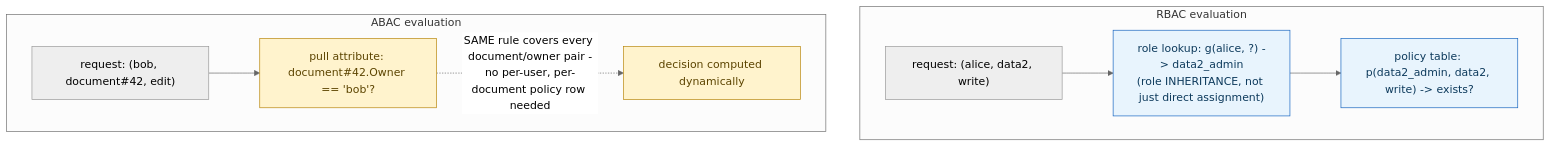
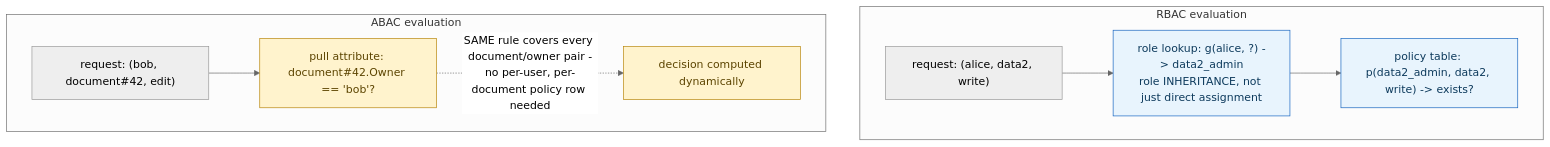
The first of 2 diagrams in _posts/2025-11-21-rbac-vs-abac-authorization-models.md (mayurjp/dev-blog), drawn with Mermaid (neutral theme) before and after one commit. The commit also changed other lines of this file and 27 other files, not shown here.

````diff
--- a/_posts/2025-11-21-rbac-vs-abac-authorization-models.md
+++ b/_posts/2025-11-21-rbac-vs-abac-authorization-models.md
@@ -24,20 +43,20 @@
 ```mermaid
 flowchart TD
     subgraph RBAC["RBAC evaluation"]
         R1["request: (alice, data2, write)"]
-        R2["role lookup: g(alice, ?) -> data2_admin<br/>(role INHERITANCE, not just direct assignment)"]
+        R2["role lookup: g(alice, ?) -> data2_admin<br>role INHERITANCE, not just direct assignment"]
         R3["policy table: p(data2_admin, data2, write) -> exists?"]
         R1 --> R2 --> R3
     end
     subgraph ABAC["ABAC evaluation"]
         A1["request: (bob, document#42, edit)"]
         A2["pull attribute: document#42.Owner == 'bob'?"]
         A1 --> A2
-        A2 -.->|"SAME rule covers every document/owner pair -<br/>no per-user, per-document policy row needed"| A3["decision computed dynamically"]
+        A2 -.->|"SAME rule covers every document/owner pair -<br>no per-user, per-document policy row needed"| A3["decision computed dynamically"]
     end
 
     classDef rbac fill:#e8f4fd,stroke:#1565c0,color:#0d3a5c;
     classDef abac fill:#fff3cd,stroke:#b8860b,color:#5c4400;
     class R2,R3 rbac;
     class A2,A3 abac;
 ```
````
